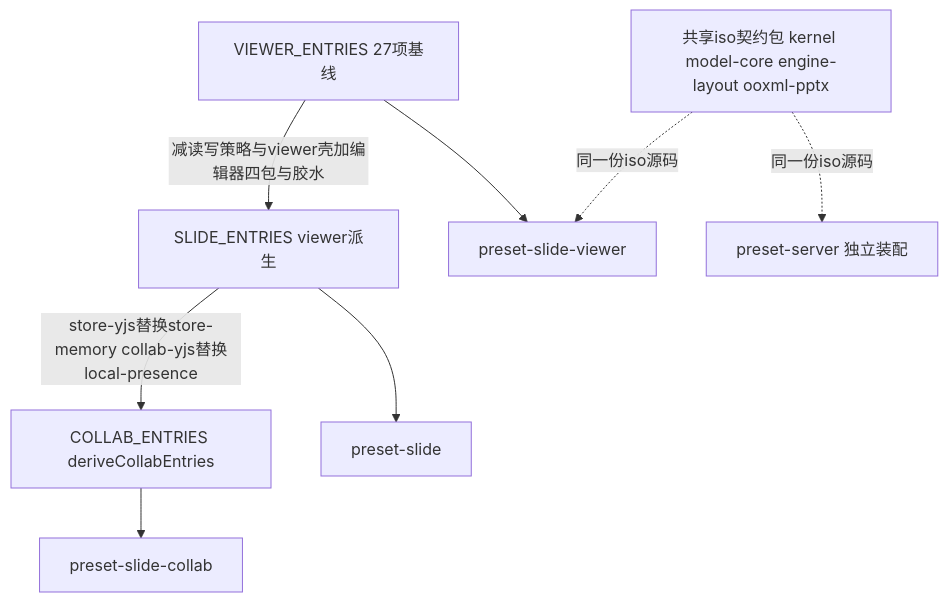
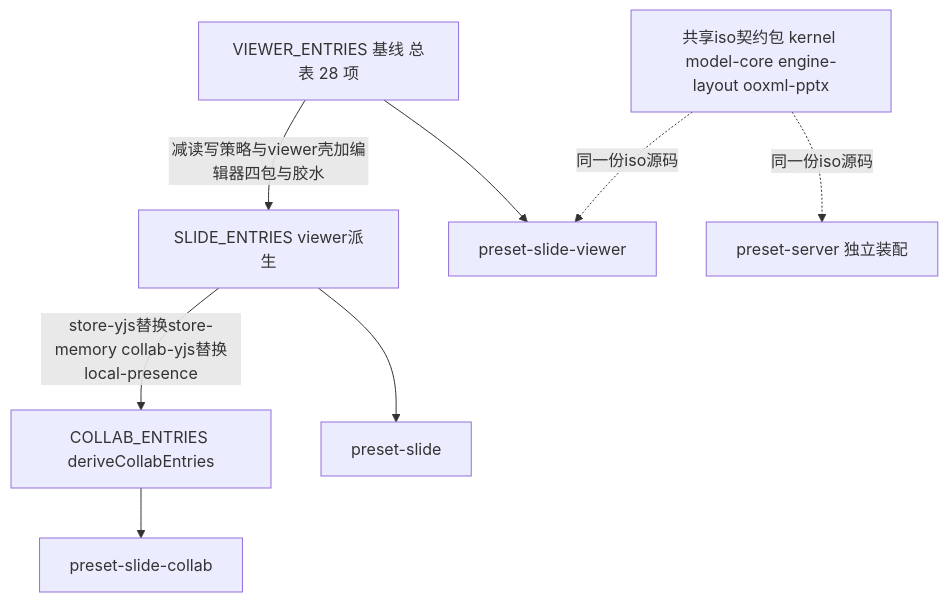
The third of 5 diagrams in docs/40-modules/16-plugin-catalog.md (Xeonice/cordis-ppt-editor), drawn with Mermaid before and after one commit. The commit also changed other lines of this file and 12 other files, not shown here.

````diff
--- a/docs/40-modules/16-plugin-catalog.md
+++ b/docs/40-modules/16-plugin-catalog.md
@@ -372,18 +419,18 @@
 ```mermaid
 flowchart TB
-viewerEntries["VIEWER_ENTRIES 27项基线"]
+viewerEntries["VIEWER_ENTRIES 基线 总表 28 项"]
 slideEntries["SLIDE_ENTRIES viewer派生"]
 collabEntries["COLLAB_ENTRIES deriveCollabEntries"]
 presetViewer["preset-slide-viewer"]
 presetSlide["preset-slide"]
 presetCollab["preset-slide-collab"]
 presetServer["preset-server 独立装配"]
 sharedIso["共享iso契约包 kernel model-core engine-layout ooxml-pptx"]
 viewerEntries --> presetViewer
 viewerEntries -- "减读写策略与viewer壳加编辑器四包与胶水" --> slideEntries
 slideEntries --> presetSlide
 slideEntries -- "store-yjs替换store-memory collab-yjs替换local-presence" --> collabEntries
 collabEntries --> presetCollab
 sharedIso -. "同一份iso源码" .-> presetViewer
 sharedIso -. "同一份iso源码" .-> presetServer
 ```
````
